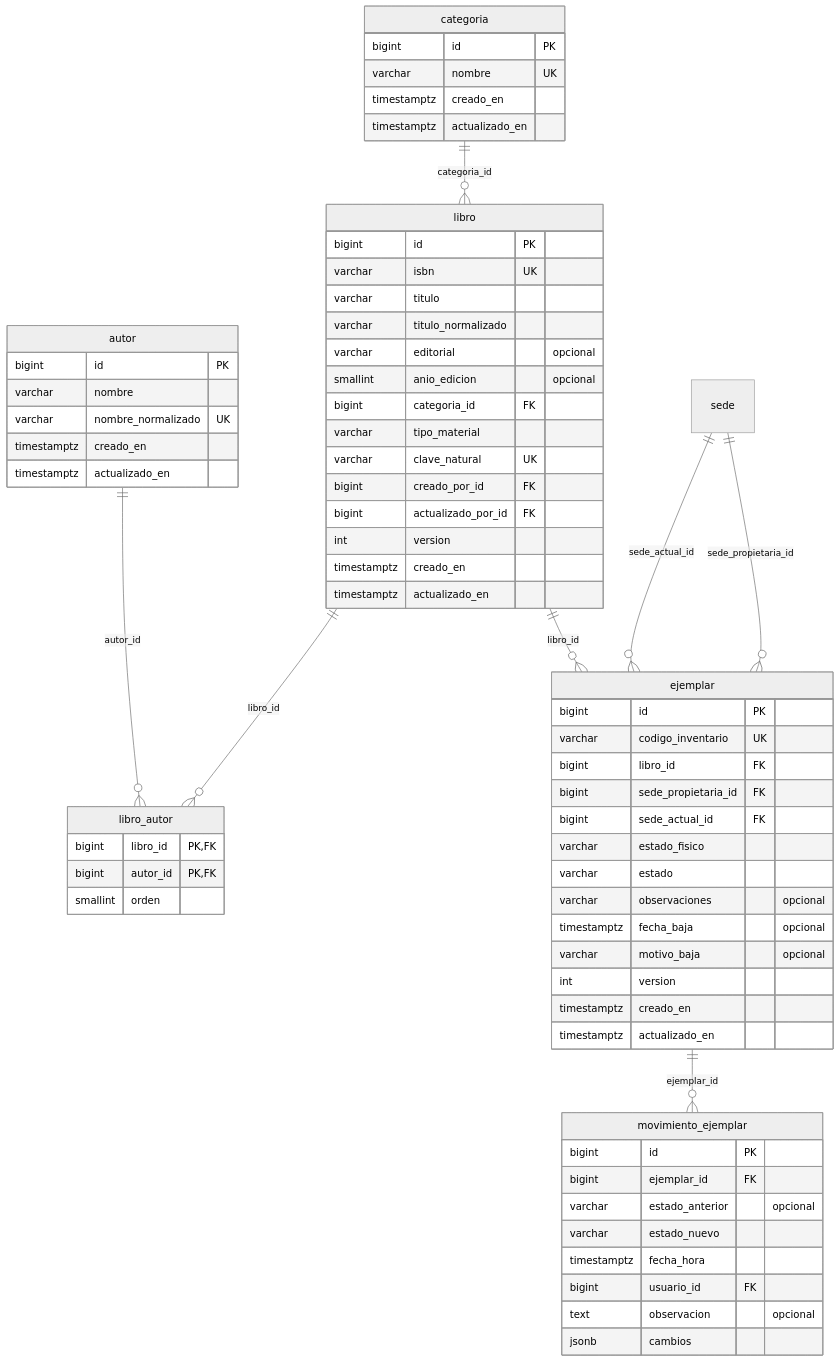
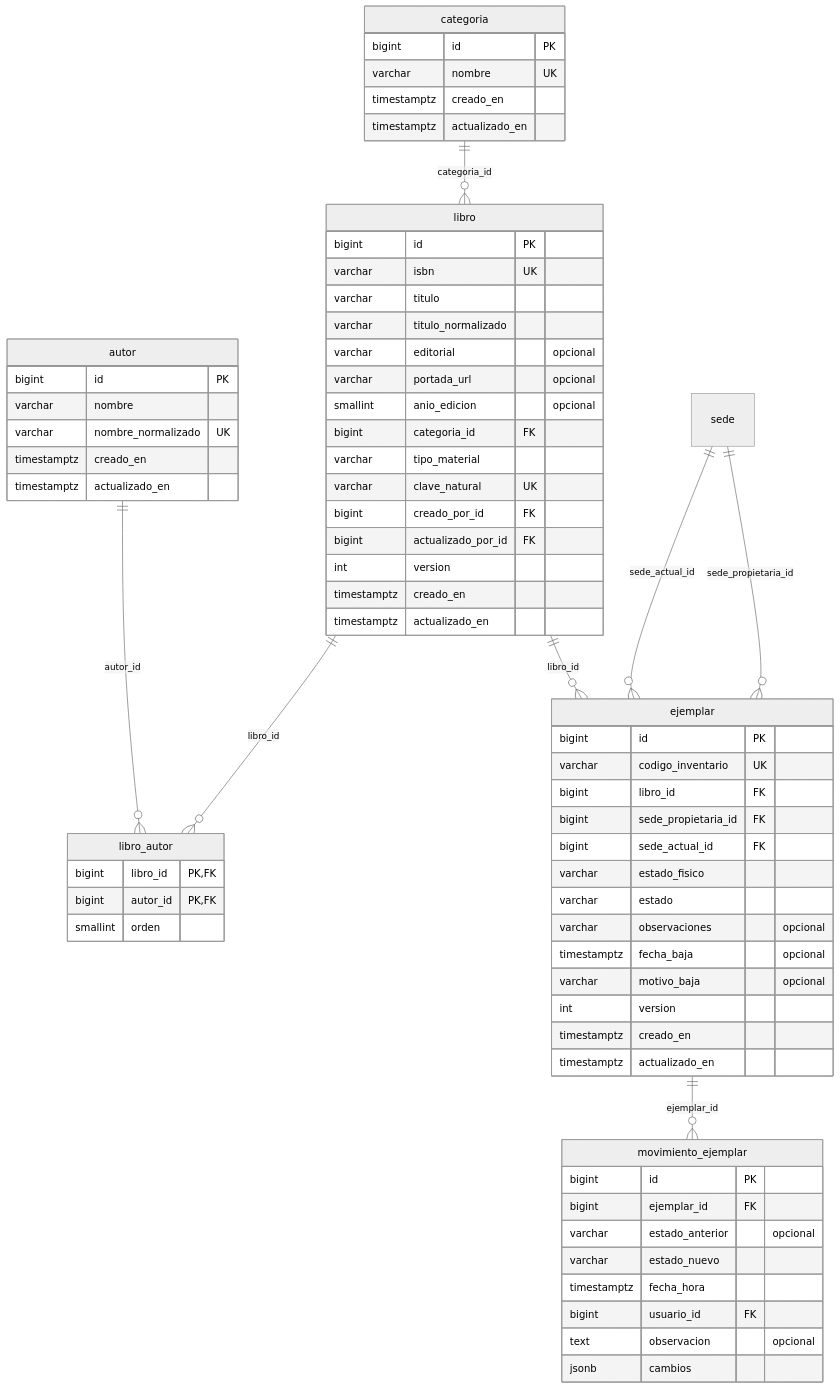
One commit to Maximiliano018/TPI-DAO changed the fourth of 7 diagrams in database/diccionario-de-datos.md. Above: the diagram before and after it, drawn with Mermaid (neutral theme). The commit also changed other lines of this file and 244 other files, not shown here.

````diff
--- a/database/diccionario-de-datos.md
+++ b/database/diccionario-de-datos.md
@@ -481,69 +481,70 @@
 ```mermaid
 erDiagram
     categoria {
         bigint id PK
         varchar nombre UK
         timestamptz creado_en
         timestamptz actualizado_en
     }
     autor {
         bigint id PK
         varchar nombre
         varchar nombre_normalizado UK
         timestamptz creado_en
         timestamptz actualizado_en
     }
     libro {
         bigint id PK
         varchar isbn UK
         varchar titulo
         varchar titulo_normalizado
         varchar editorial "opcional"
+        varchar portada_url "opcional"
         smallint anio_edicion "opcional"
         bigint categoria_id FK
         varchar tipo_material
         varchar clave_natural UK
         bigint creado_por_id FK
         bigint actualizado_por_id FK
         int version
         timestamptz creado_en
         timestamptz actualizado_en
     }
     libro_autor {
         bigint libro_id PK, FK
         bigint autor_id PK, FK
         smallint orden
     }
     ejemplar {
         bigint id PK
         varchar codigo_inventario UK
         bigint libro_id FK
         bigint sede_propietaria_id FK
         bigint sede_actual_id FK
         varchar estado_fisico
         varchar estado
         varchar observaciones "opcional"
         timestamptz fecha_baja "opcional"
         varchar motivo_baja "opcional"
         int version
         timestamptz creado_en
         timestamptz actualizado_en
     }
     movimiento_ejemplar {
         bigint id PK
         bigint ejemplar_id FK
         varchar estado_anterior "opcional"
         varchar estado_nuevo
         timestamptz fecha_hora
         bigint usuario_id FK
         text observacion "opcional"
         jsonb cambios
     }
     categoria ||--o{ libro : "categoria_id"
     autor ||--o{ libro_autor : "autor_id"
     libro ||--o{ libro_autor : "libro_id"
     libro ||--o{ ejemplar : "libro_id"
     sede ||--o{ ejemplar : "sede_actual_id"
     sede ||--o{ ejemplar : "sede_propietaria_id"
     ejemplar ||--o{ movimiento_ejemplar : "ejemplar_id"
 ```
````
